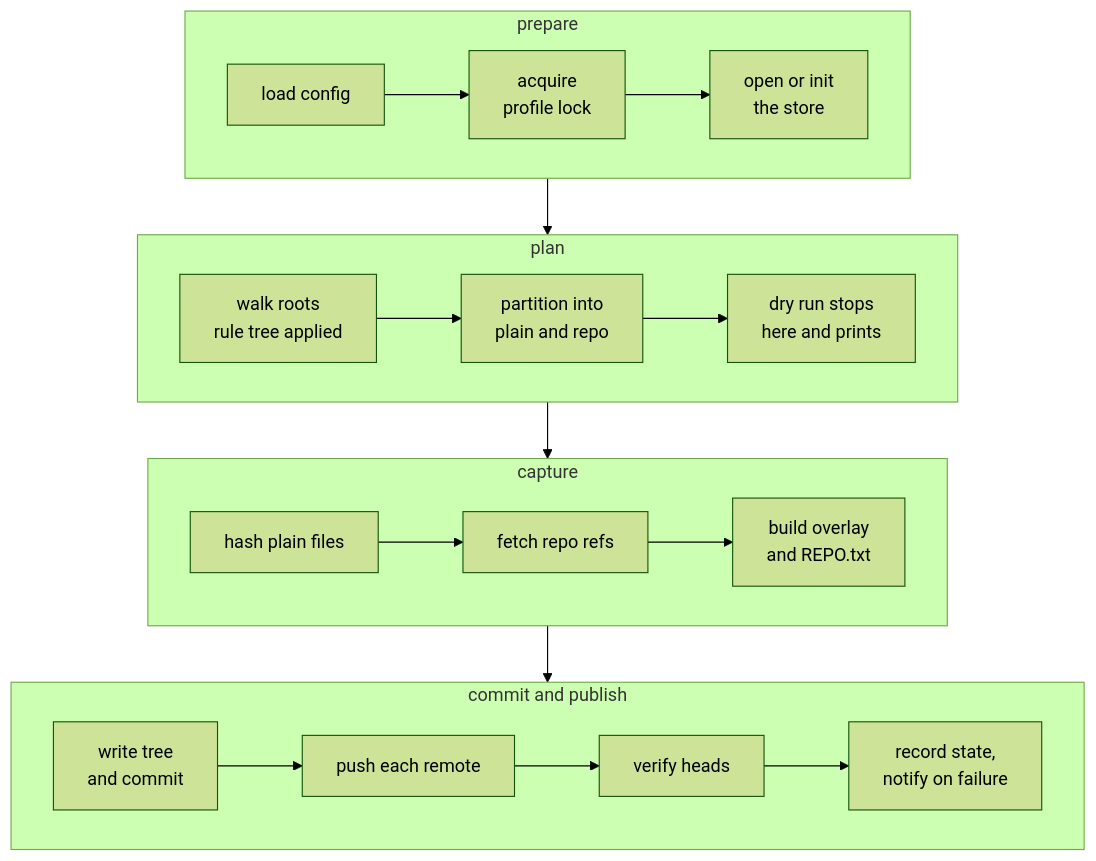
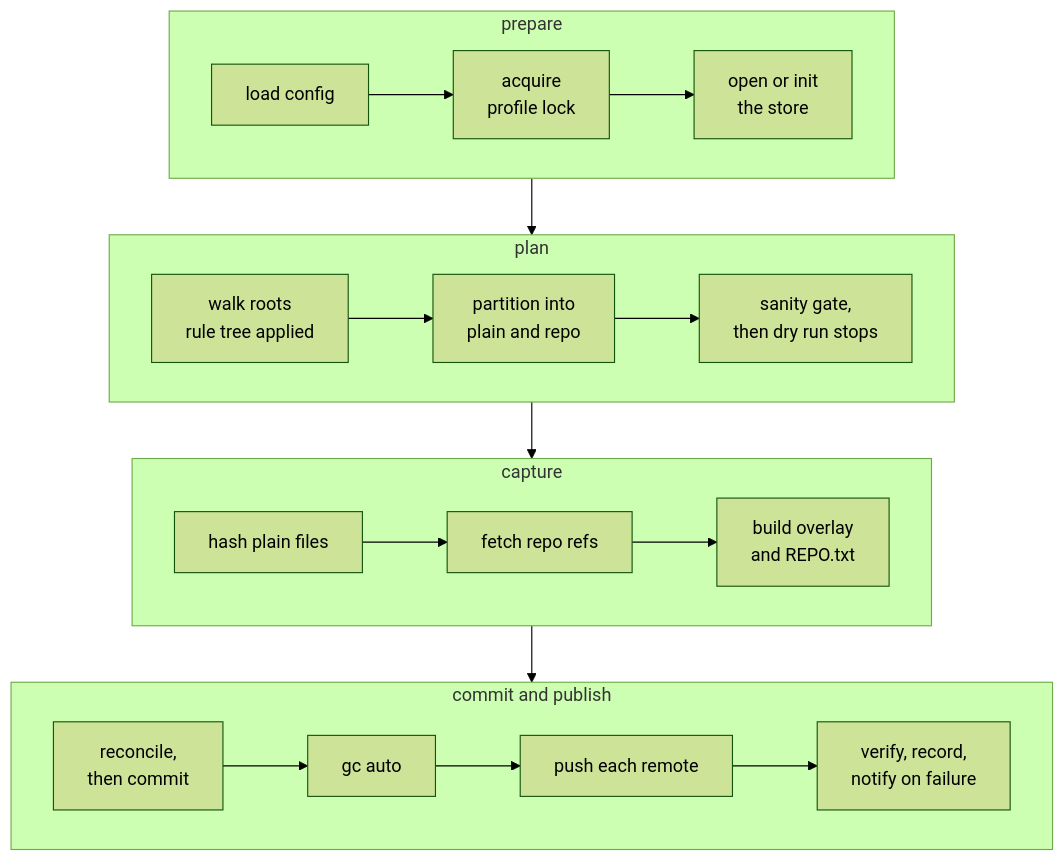
Before and after one commit to CoreEngineX/tycho: the diagram in docs/architecture/capture.md, drawn with Mermaid (forest theme). The commit also changed other lines of this file and 1 other file, not shown here.

````diff
--- a/docs/architecture/capture.md
+++ b/docs/architecture/capture.md
@@ -8,33 +8,33 @@
 ```mermaid
 flowchart TB
   subgraph PREP["prepare"]
     direction LR
     P1["load config"]
     P2["acquire<br/>profile lock"]
     P3["open or init<br/>the store"]
     P1 --> P2 --> P3
   end
   subgraph SCAN["plan"]
     direction LR
     S1["walk roots<br/>rule tree applied"]
     S2["partition into<br/>plain and repo"]
-    S3["dry run stops<br/>here and prints"]
+    S3["sanity gate,<br/>then dry run stops"]
     S1 --> S2 --> S3
   end
   subgraph CAP["capture"]
     direction LR
     C1["hash plain files"]
     C2["fetch repo refs"]
     C3["build overlay<br/>and REPO.txt"]
     C1 --> C2 --> C3
   end
   subgraph FIN["commit and publish"]
     direction LR
-    F1["write tree<br/>and commit"]
-    F2["push each remote"]
-    F3["verify heads"]
-    F4["record state,<br/>notify on failure"]
+    F1["reconcile,<br/>then commit"]
+    F2["gc auto"]
+    F3["push each remote"]
+    F4["verify, record,<br/>notify on failure"]
     F1 --> F2 --> F3 --> F4
   end
   PREP --> SCAN --> CAP --> FIN
 ```
````
